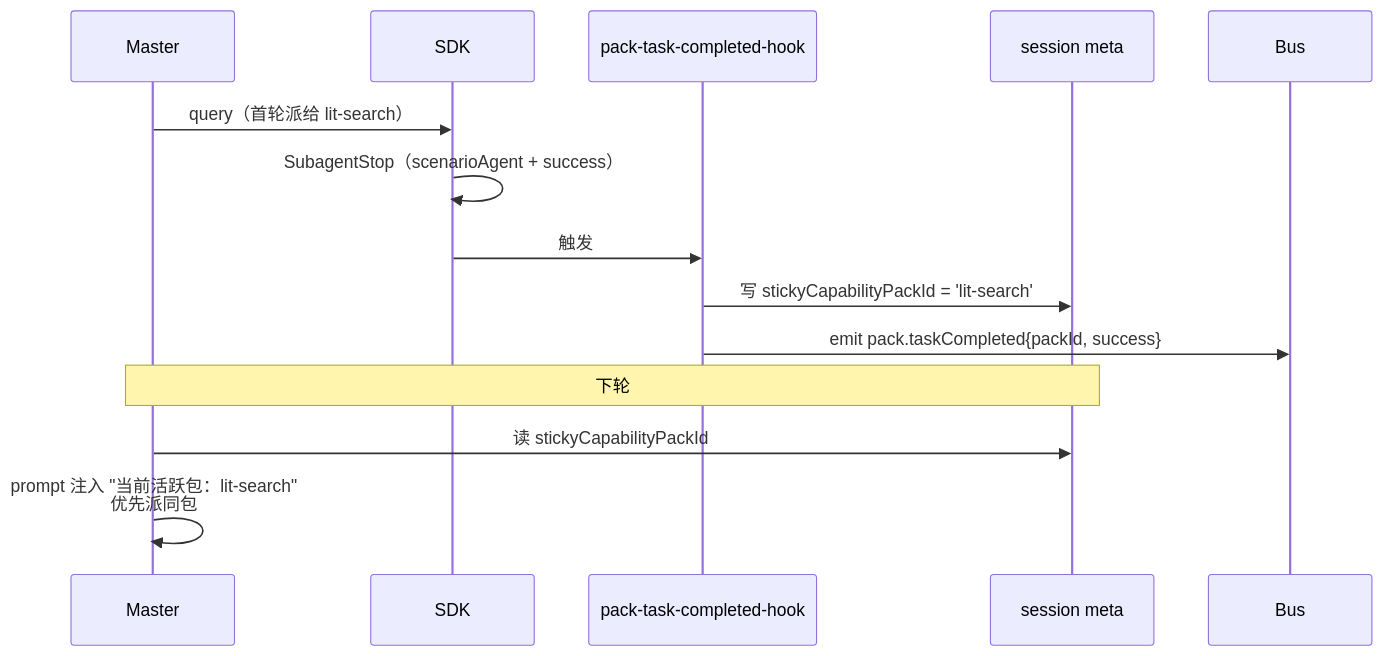
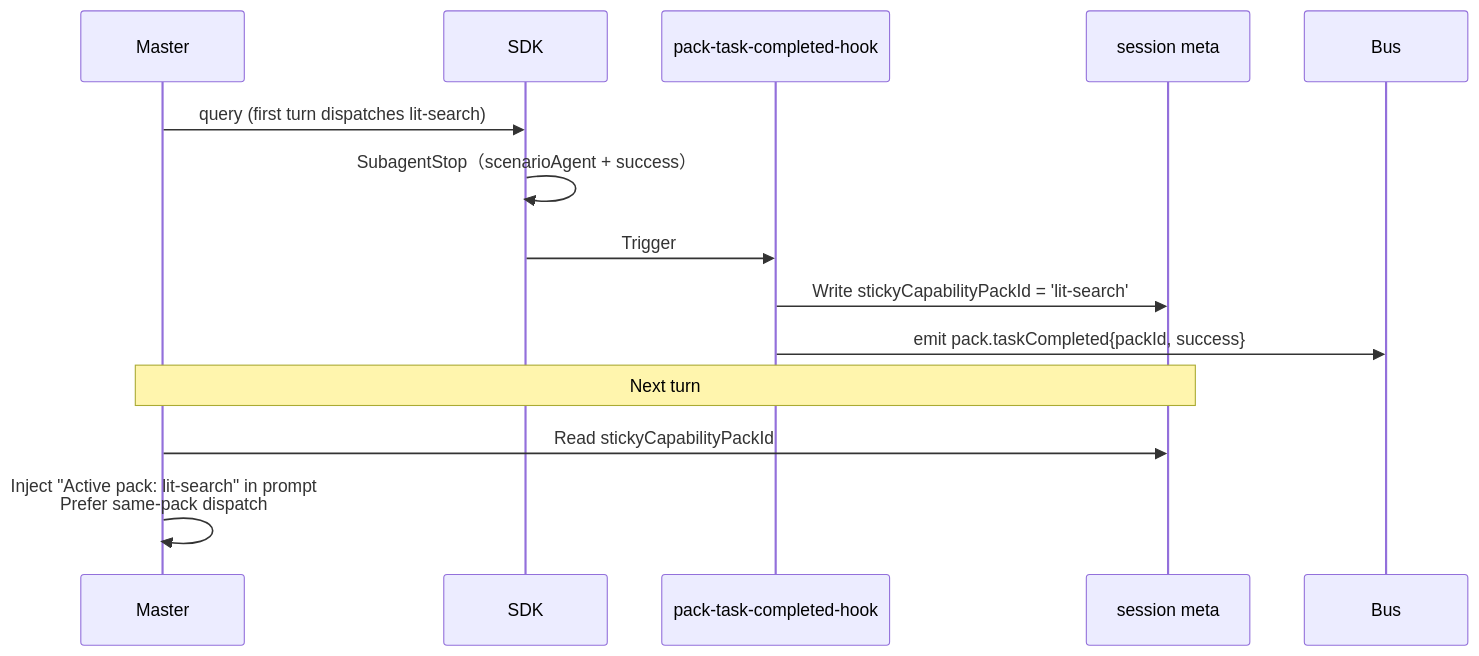
Before and after one commit to SimmonJ-WYJ/tinker: the sixth of 7 diagrams in docs/milestones/0.2/2026-05-26-architecture-overview.md, drawn with Mermaid. The commit also changed other lines of this file and 216 other files, not shown here.

````diff
--- a/docs/milestones/0.2/2026-05-26-architecture-overview.md
+++ b/docs/milestones/0.2/2026-05-26-architecture-overview.md
@@ -329,17 +379,17 @@
 ```mermaid
 sequenceDiagram
   participant Master
   participant SDK
   participant Hook as pack-task-completed-hook
   participant Session as session meta
 
-  Master->>SDK: query（首轮派给 lit-search）
+  Master->>SDK: query (first turn dispatches lit-search)
   SDK->>SDK: SubagentStop（scenarioAgent + success）
-  SDK->>Hook: 触发
-  Hook->>Session: 写 stickyCapabilityPackId = 'lit-search'
+  SDK->>Hook: Trigger
+  Hook->>Session: Write stickyCapabilityPackId = 'lit-search'
   Hook->>Bus: emit pack.taskCompleted{packId, success}
 
-  Note over Master,Session: 下轮
-  Master->>Session: 读 stickyCapabilityPackId
-  Master->>Master: prompt 注入 "当前活跃包：lit-search"<br/>优先派同包
+  Note over Master,Session: Next turn
+  Master->>Session: Read stickyCapabilityPackId
+  Master->>Master: Inject "Active pack: lit-search" in prompt<br/>Prefer same-pack dispatch
 ```
````
